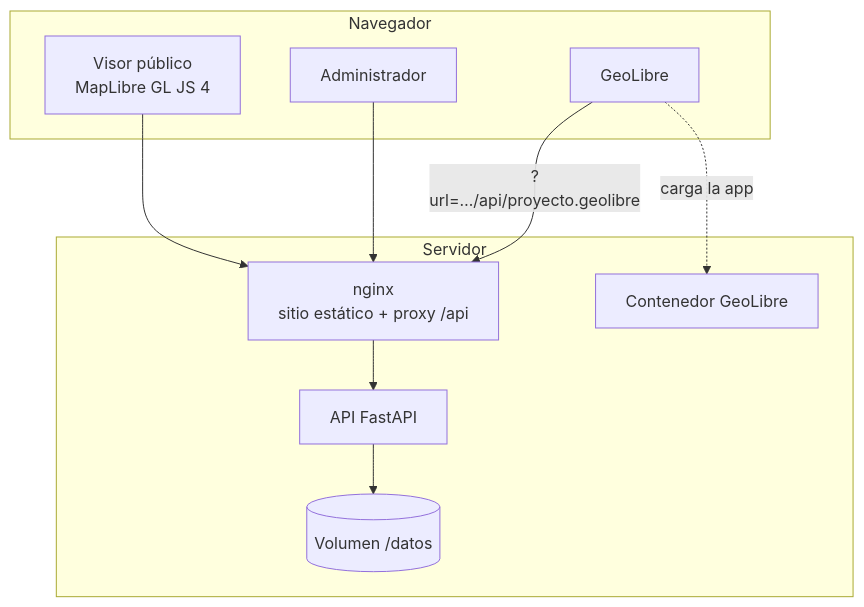
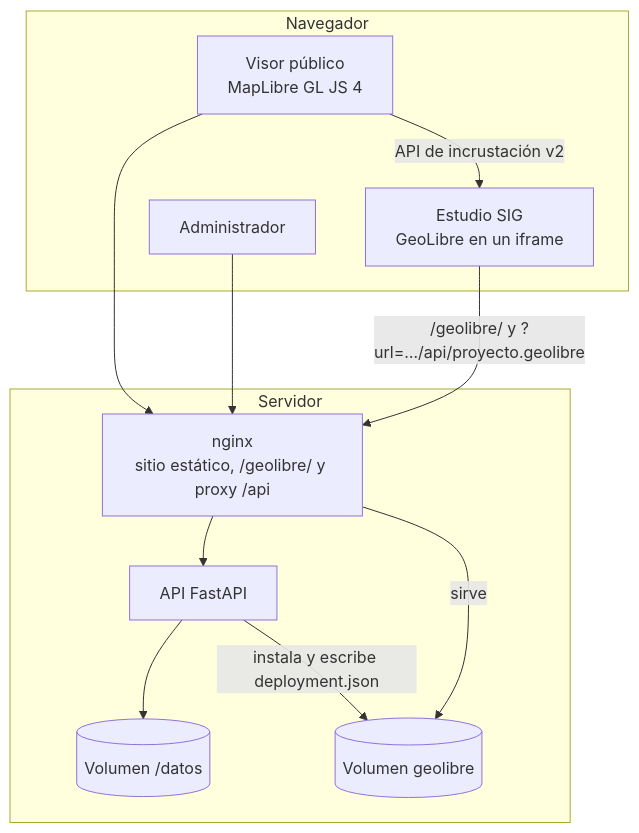
One commit to GobernaciondeNarino/app-ambiente changed the diagram in docs/arquitectura.md. Above: the diagram before and after it, drawn with Mermaid. The commit also changed other lines of this file and 14 other files, not shown here.

First line of the commit message:
Política robusta del Estudio SIG, lista blanca de complementos y documentación

````diff
--- a/docs/arquitectura.md
+++ b/docs/arquitectura.md
@@ -39,17 +41,19 @@
 ```mermaid
 flowchart TB
   subgraph Navegador
     V[Visor público<br>MapLibre GL JS 4]
     A[Administrador]
-    G[GeoLibre]
+    G[Estudio SIG<br>GeoLibre en un iframe]
   end
   subgraph Servidor
-    N[nginx<br>sitio estático + proxy /api]
+    N[nginx<br>sitio estático, /geolibre/ y proxy /api]
     API[API FastAPI]
-    GL[Contenedor GeoLibre]
     D[(Volumen /datos)]
+    GV[(Volumen geolibre)]
   end
   V & A --> N --> API --> D
-  G -. carga la app .-> GL
-  G -- ?url=…/api/proyecto.geolibre --> N
+  V -- API de incrustación v2 --> G
+  G -- /geolibre/ y ?url=…/api/proyecto.geolibre --> N
+  API -- instala y escribe deployment.json --> GV
+  N -- sirve --> GV
 ```
````
